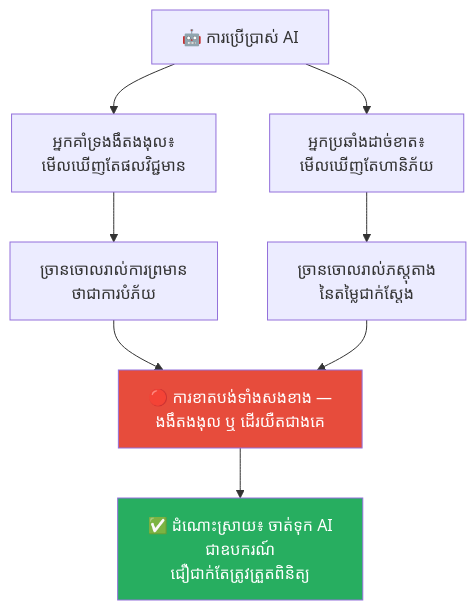
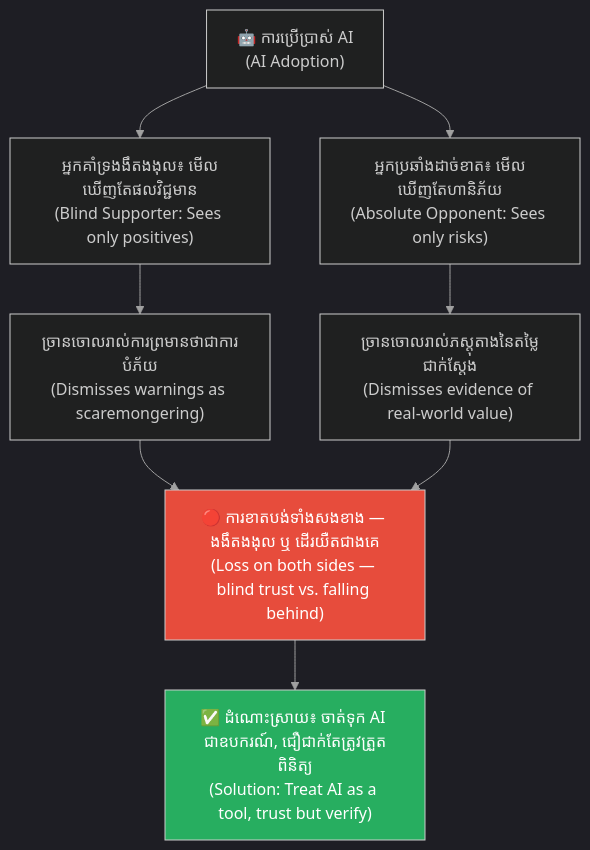
The fourth of 7 diagrams in feeds/concepts/articles/01-confirmation-bias.md (GuideStack/iblogger-feeds), drawn with Mermaid before and after one commit. The commit also changed other lines of this file, not shown here.

````diff
--- a/feeds/concepts/articles/01-confirmation-bias.md
+++ b/feeds/concepts/articles/01-confirmation-bias.md
@@ -163,13 +254,22 @@
 ```mermaid
+%%{init: {
+  'theme': 'dark',
+  'themeVariables': {
+    'background': '#1e1e1e',
+    'primaryTextColor': '#ffffff',
+    'lineColor': '#a0a0a0'
+  },
+  'themeCSS': 'svg { background-color: #1e1e1e !important; padding: 1rem !important; border-radius: 8px !important; } .edgeLabel rect { fill: #1e1e1e !important; } text, tspan { fill: #ffffff !important; }'
+}}%%
 graph TD
-    A["🤖 ការប្រើប្រាស់ AI"] --> B["អ្នកគាំទ្រងងឹតងងុល៖<br/>មើលឃើញតែផលវិជ្ជមាន"]
-    A --> C["អ្នកប្រឆាំងដាច់ខាត៖<br/>មើលឃើញតែហានិភ័យ"]
-    B --> D["ច្រានចោលរាល់ការព្រមាន<br/>ថាជាការបំភ័យ"]
-    C --> E["ច្រានចោលរាល់ភស្តុតាង<br/>នៃតម្លៃជាក់ស្តែង"]
-    D --> F["🔴 ការខាតបង់ទាំងសងខាង —<br/>ងងឹតងងុល ឬ ដើរយឺតជាងគេ"]
+    A["🤖 ការប្រើប្រាស់ AI<br/>(AI Adoption)"] --> B["អ្នកគាំទ្រងងឹតងងុល៖ មើលឃើញតែផលវិជ្ជមាន<br/>(Blind Supporter: Sees only positives)"]
+    A --> C["អ្នកប្រឆាំងដាច់ខាត៖ មើលឃើញតែហានិភ័យ<br/>(Absolute Opponent: Sees only risks)"]
+    B --> D["ច្រានចោលរាល់ការព្រមានថាជាការបំភ័យ<br/>(Dismisses warnings as scaremongering)"]
+    C --> E["ច្រានចោលរាល់ភស្តុតាងនៃតម្លៃជាក់ស្តែង<br/>(Dismisses evidence of real-world value)"]
+    D --> F["🔴 ការខាតបង់ទាំងសងខាង — ងងឹតងងុល ឬ ដើរយឺតជាងគេ<br/>(Loss on both sides — blind trust vs. falling behind)"]
     E --> F
-    F --> G["✅ ដំណោះស្រាយ៖ ចាត់ទុក AI<br/>ជាឧបករណ៍<br/>ជឿជាក់តែត្រូវត្រួតពិនិត្យ"]
+    F --> G["✅ ដំណោះស្រាយ៖ ចាត់ទុក AI ជាឧបករណ៍, ជឿជាក់តែត្រូវត្រួតពិនិត្យ<br/>(Solution: Treat AI as a tool, trust but verify)"]
 
     style F fill:#e74c3c,color:#fff
     style G fill:#27ae60,color:#fff
 ```
````
